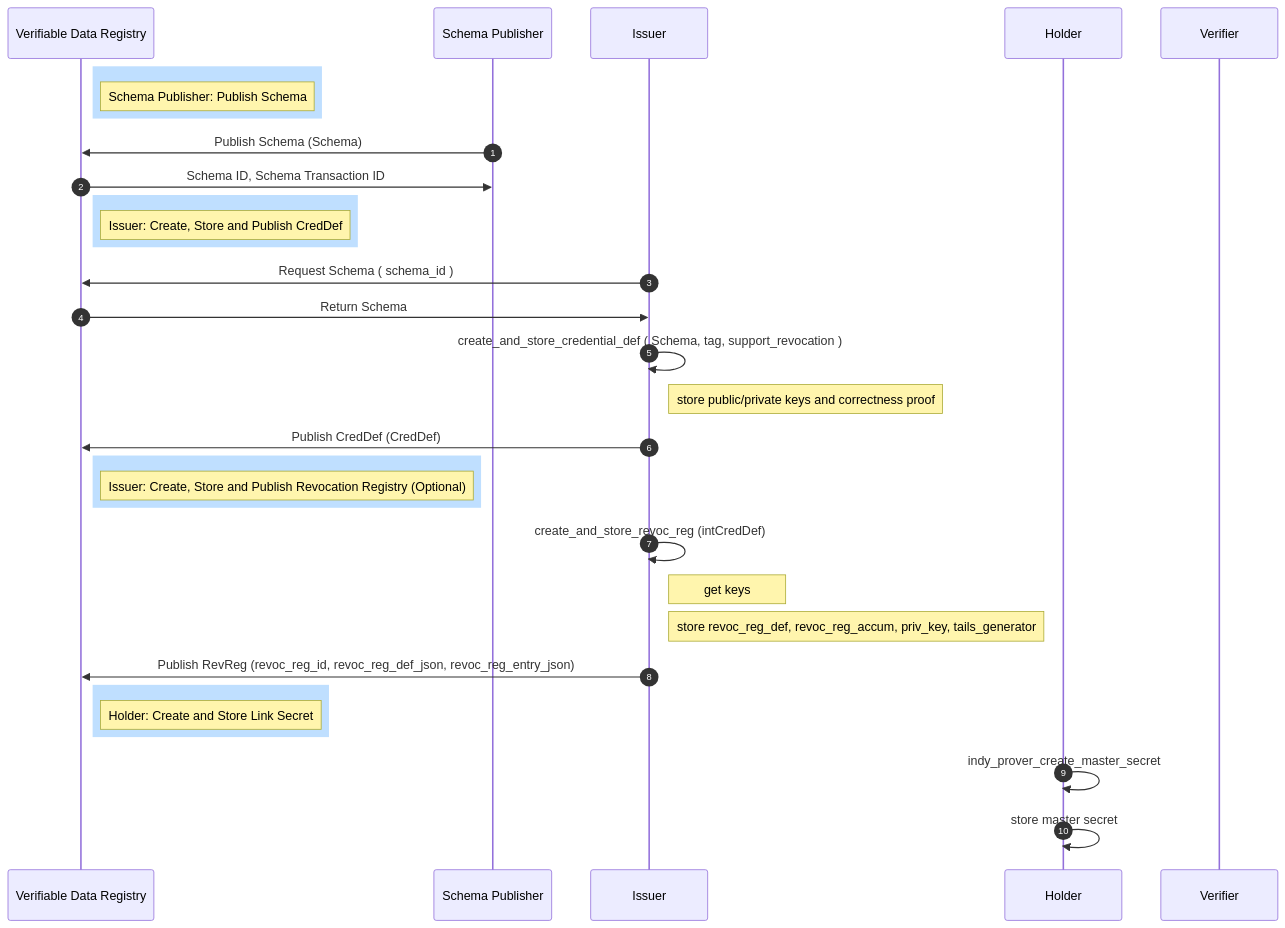
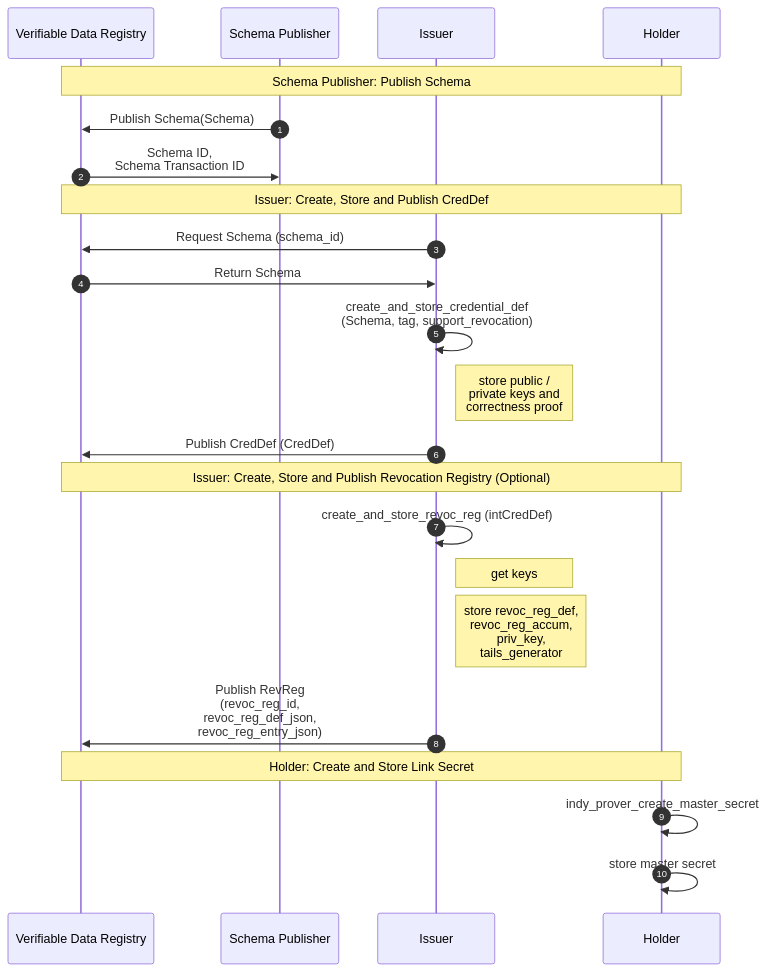
One commit to hyperledger/anoncreds-spec changed the diagram in spec/data_flow_setup.md. Above: the diagram before and after it, drawn with Mermaid.

Commit message:
WIP: Rearrange AnonCreds Seupt Data Flow

````diff
--- a/spec/data_flow_setup.md
+++ b/spec/data_flow_setup.md
@@ -17,38 +17,33 @@
 ```mermaid
 sequenceDiagram
     autonumber
     participant L as Verifiable Data Registry
     participant SC as Schema Publisher
     participant I as Issuer
-    participant H as Holder
-    participant V as Verifier
-
-    rect rgb(191, 223, 255)
-        Note right of L: Schema Publisher: Publish Schema
-    end
-    SC ->> L: Publish Schema (Schema)
-    L ->> SC: Schema ID, Schema Transaction ID
-
-    rect rgb(191, 223, 255)
-        Note right of L: Issuer: Create, Store and Publish CredDef
-    end
-    I ->> L: Request Schema ( schema_id )
+    participant H as Holder    
+    
+    Note over L, H: Schema Publisher: Publish Schema
+    
+    SC ->> L: Publish Schema(Schema)
+    L ->> SC: Schema ID,<br>Schema Transaction ID
+        
+    Note over L, H: Issuer: Create, Store and Publish CredDef
+   
+    I ->> L: Request Schema (schema_id)
     L ->> I: Return Schema
-    I ->> I: create_and_store_credential_def ( Schema, tag, support_revocation )
-    Note right of I: store public/private keys and correctness proof
+    I ->> I: create_and_store_credential_def<br>(Schema, tag, support_revocation)
+    Note right of I:   store public / <br> private keys and<br>correctness proof    
     I ->> L: Publish CredDef (CredDef)
 
-    rect rgb(191, 223, 255)
-        Note right of L: Issuer: Create, Store and Publish Revocation Registry (Optional)
-    end
+    Note over L, H: Issuer: Create, Store and Publish Revocation Registry (Optional)
+    
     I ->> I: create_and_store_revoc_reg (intCredDef)
     Note right of I: get keys
-    Note right of I: store revoc_reg_def, revoc_reg_accum, priv_key, tails_generator
-    I ->> L: Publish RevReg (revoc_reg_id, revoc_reg_def_json, revoc_reg_entry_json)
+    Note right of I: store revoc_reg_def,<br>revoc_reg_accum,<br>priv_key,<br>tails_generator
+    I ->> L: Publish RevReg <br>(revoc_reg_id,<br>revoc_reg_def_json,<br>revoc_reg_entry_json)
     
-    rect rgb(191, 223, 255)
-        Note right of L: Holder: Create and Store Link Secret
-    end
+    Note over L, H: Holder: Create and Store Link Secret
+    
     H ->> H: indy_prover_create_master_secret
     H ->> H: store master secret
 ```
````
